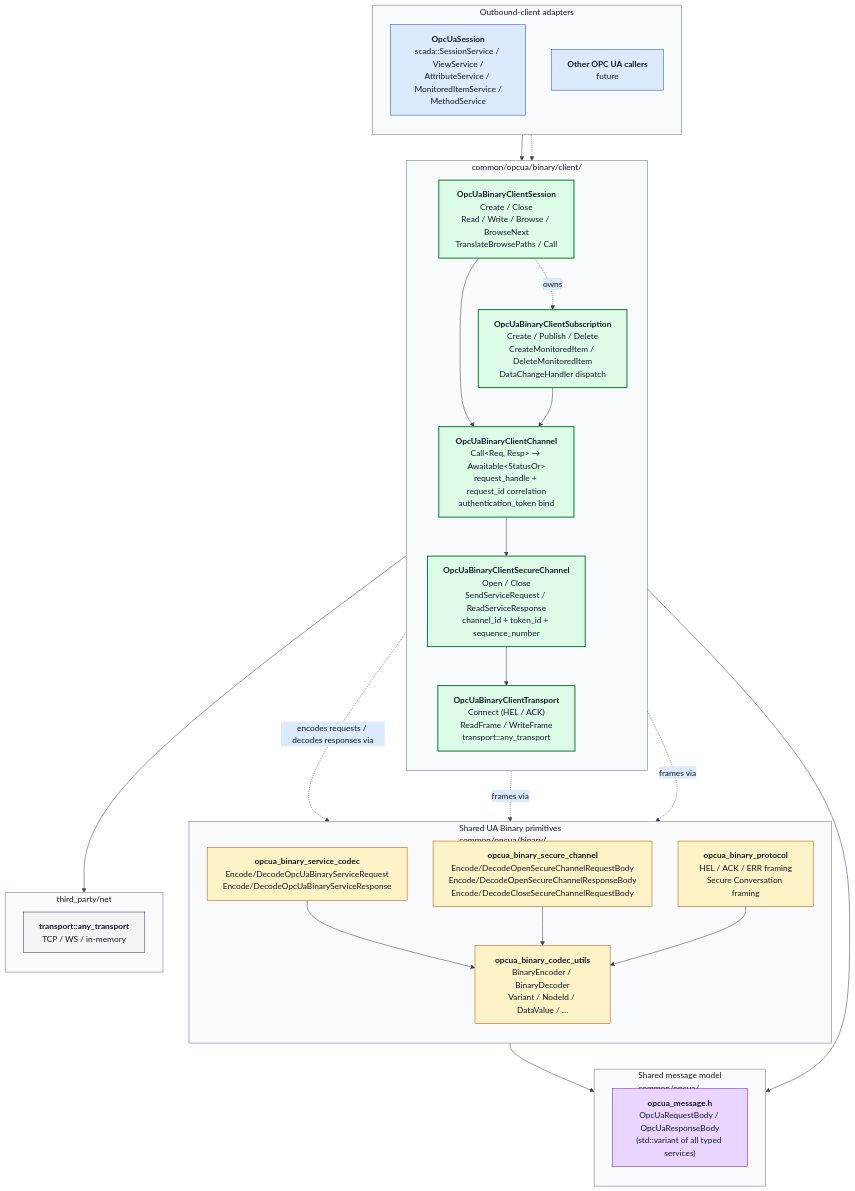
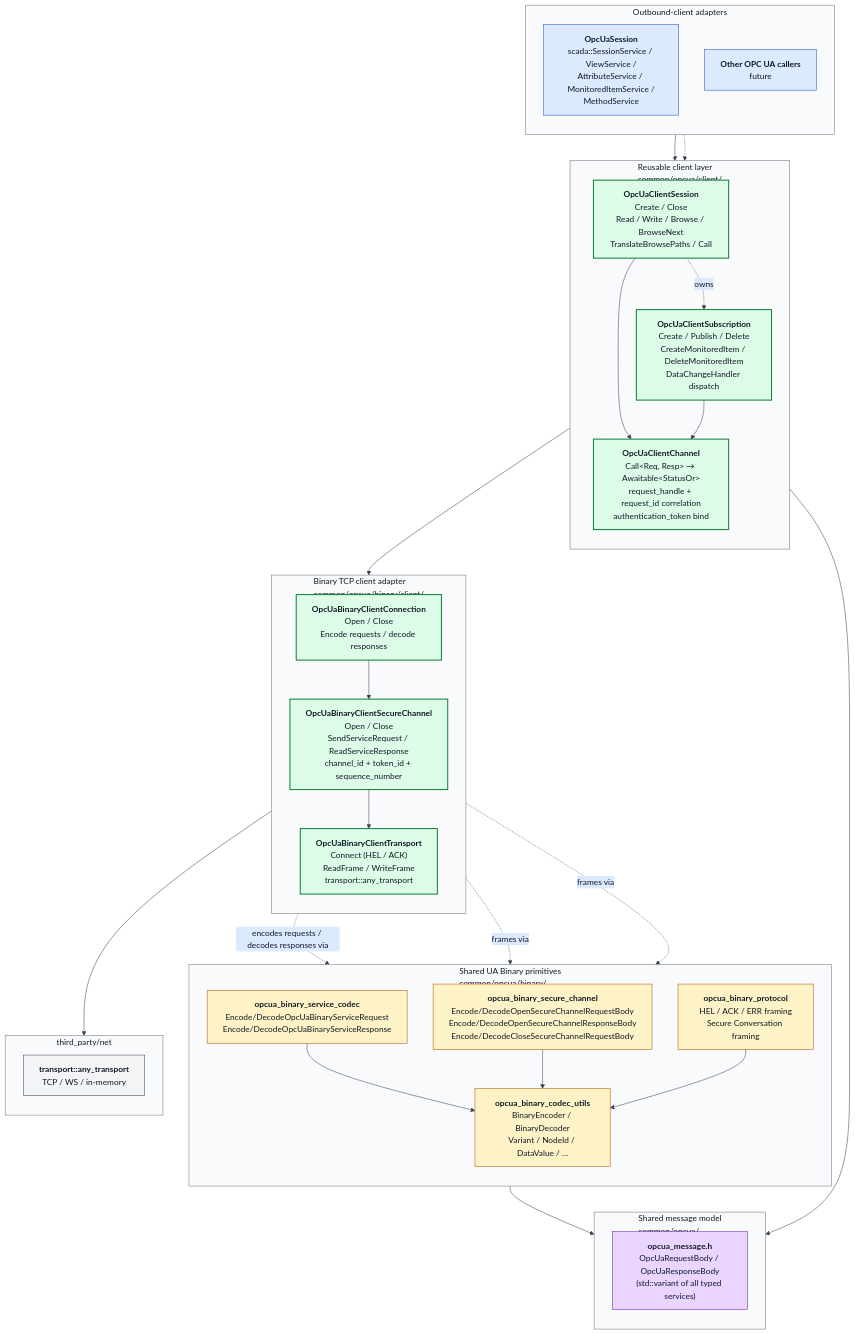
One commit to alexsmn/scada-common changed the diagram in docs/diagrams/opcua_binary_client_architecture.mmd. Above: the diagram before and after it, drawn with Mermaid. The commit also changed 23 other files, not shown here.

Commit message:
Refactor OPC UA client transport layers

```diff
--- a/docs/diagrams/opcua_binary_client_architecture.mmd
+++ b/docs/diagrams/opcua_binary_client_architecture.mmd
@@ -1,83 +1,89 @@
 %%{init: {
   'theme': 'base',
   'themeVariables': {
     'background': '#ffffff',
     'primaryColor': '#f3f4f6',
     'primaryBorderColor': '#374151',
     'primaryTextColor': '#111827',
     'secondaryColor': '#dbeafe',
     'secondaryBorderColor': '#1d4ed8',
     'secondaryTextColor': '#111827',
     'tertiaryColor': '#dcfce7',
     'tertiaryBorderColor': '#15803d',
     'tertiaryTextColor': '#111827',
     'lineColor': '#374151',
     'defaultLinkColor': '#374151',
     'clusterBkg': '#f9fafb',
     'clusterBorder': '#6b7280',
     'titleColor': '#111827'
   },
   'flowchart': {'htmlLabels': true}
 }}%%
 flowchart TB
     subgraph Consumers["Outbound-client adapters"]
         direction TB
         QT["<b>OpcUaSession</b><br/>scada::SessionService / ViewService /<br/>AttributeService / MonitoredItemService /<br/>MethodService"]
         OTHER["<b>Other OPC UA callers</b><br/>future"]
     end
 
-    subgraph Client["common/opcua/binary/client/"]
+    subgraph Client["Reusable client layer<br/>common/opcua/client/"]
         direction TB
-        SESS["<b>OpcUaBinaryClientSession</b><br/>Create / Close<br/>Read / Write / Browse / BrowseNext<br/>TranslateBrowsePaths / Call"]
-        SUB["<b>OpcUaBinaryClientSubscription</b><br/>Create / Publish / Delete<br/>CreateMonitoredItem / DeleteMonitoredItem<br/>DataChangeHandler dispatch"]
-        CHAN["<b>OpcUaBinaryClientChannel</b><br/>Call&lt;Req, Resp&gt; → Awaitable&lt;StatusOr&gt;<br/>request_handle + request_id correlation<br/>authentication_token bind"]
+        SESS["<b>OpcUaClientSession</b><br/>Create / Close<br/>Read / Write / Browse / BrowseNext<br/>TranslateBrowsePaths / Call"]
+        SUB["<b>OpcUaClientSubscription</b><br/>Create / Publish / Delete<br/>CreateMonitoredItem / DeleteMonitoredItem<br/>DataChangeHandler dispatch"]
+        CHAN["<b>OpcUaClientChannel</b><br/>Call&lt;Req, Resp&gt; → Awaitable&lt;StatusOr&gt;<br/>request_handle + request_id correlation<br/>authentication_token bind"]
+    end
+
+    subgraph BinaryClient["Binary TCP client adapter<br/>common/opcua/binary/client/"]
+        direction TB
+        CONN["<b>OpcUaBinaryClientConnection</b><br/>Open / Close<br/>Encode requests / decode responses"]
         SC["<b>OpcUaBinaryClientSecureChannel</b><br/>Open / Close<br/>SendServiceRequest / ReadServiceResponse<br/>channel_id + token_id + sequence_number"]
         TRANS["<b>OpcUaBinaryClientTransport</b><br/>Connect (HEL / ACK)<br/>ReadFrame / WriteFrame<br/>transport::any_transport"]
     end
 
     subgraph Shared["Shared UA Binary primitives<br/>common/opcua/binary/"]
         direction TB
         SVC["<b>opcua_binary_service_codec</b><br/>Encode/DecodeOpcUaBinaryServiceRequest<br/>Encode/DecodeOpcUaBinaryServiceResponse"]
         SECCODEC["<b>opcua_binary_secure_channel</b><br/>Encode/DecodeOpenSecureChannelRequestBody<br/>Encode/DecodeOpenSecureChannelResponseBody<br/>Encode/DecodeCloseSecureChannelRequestBody"]
         PROTO["<b>opcua_binary_protocol</b><br/>HEL / ACK / ERR framing<br/>Secure Conversation framing"]
         UTILS["<b>opcua_binary_codec_utils</b><br/>BinaryEncoder / BinaryDecoder<br/>Variant / NodeId / DataValue / …"]
     end
 
     subgraph Model["Shared message model<br/>common/opcua/"]
         direction TB
         MSG["<b>opcua_message.h</b><br/>OpcUaRequestBody / OpcUaResponseBody<br/>(std::variant of all typed services)"]
     end
 
     subgraph Net["third_party/net"]
         direction TB
         ANY["<b>transport::any_transport</b><br/>TCP / WS / in-memory"]
     end
 
     QT --> SESS
     OTHER -.-> SESS
     SESS --> CHAN
     SESS -.owns.-> SUB
     SUB --> CHAN
-    CHAN --> SC
+    CHAN --> CONN
+    CONN --> SC
     SC --> TRANS
     TRANS --> ANY
 
-    CHAN -.encodes requests / decodes responses via.-> SVC
+    CONN -.encodes requests / decodes responses via.-> SVC
     SC -.frames via.-> SECCODEC
     TRANS -.frames via.-> PROTO
     SVC --> UTILS
     SECCODEC --> UTILS
     PROTO --> UTILS
     SVC --> MSG
     CHAN --> MSG
 
     classDef consumerStyle fill:#dbeafe,stroke:#1d4ed8,color:#111827
     classDef clientStyle fill:#dcfce7,stroke:#15803d,color:#111827,stroke-width:2px
     classDef sharedStyle fill:#fef3c7,stroke:#b45309,color:#111827
     classDef modelStyle fill:#e9d5ff,stroke:#6b21a8,color:#111827
     classDef netStyle fill:#f3f4f6,stroke:#374151,color:#111827
     class QT,OTHER consumerStyle
-    class SESS,SUB,CHAN,SC,TRANS clientStyle
+    class SESS,SUB,CHAN,CONN,SC,TRANS clientStyle
     class SVC,SECCODEC,PROTO,UTILS sharedStyle
     class MSG modelStyle
     class ANY netStyle
```
